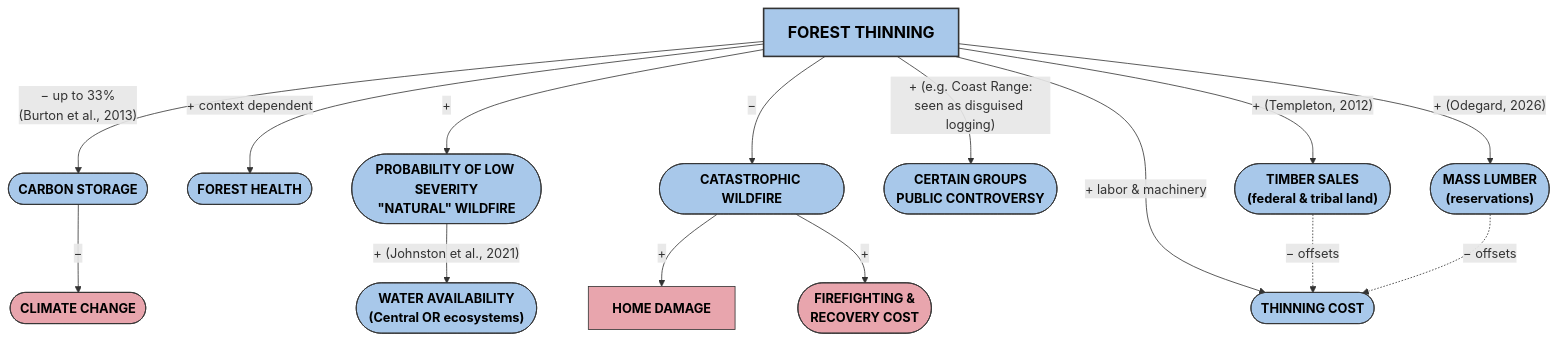
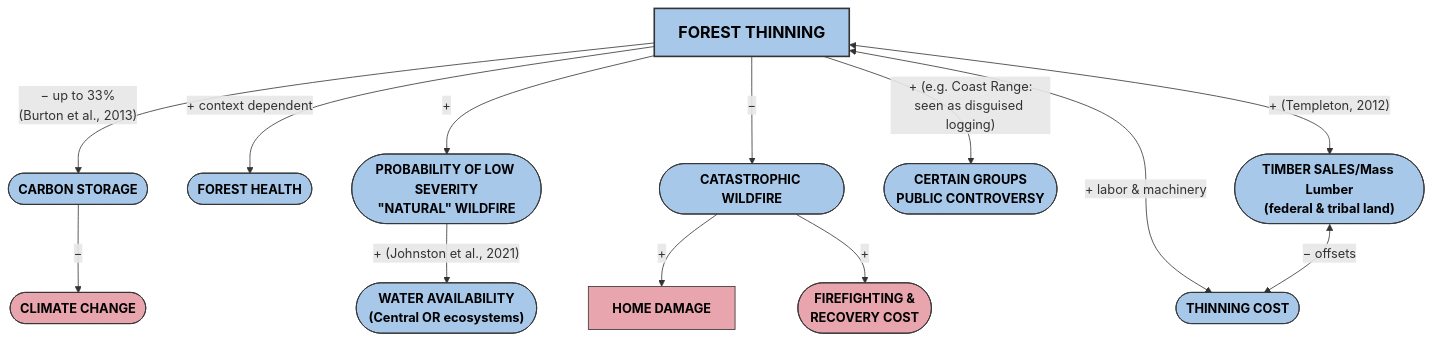
One commit to kemacias/sus350 changed the diagram in SUS350.md. Above: the diagram before and after it, drawn with Mermaid.

````diff
--- a/SUS350.md
+++ b/SUS350.md
@@ -1,41 +1,40 @@
 ```mermaid
 
 flowchart TB
     FT["FOREST THINNING"]
 
     CS(["CARBON STORAGE"])
     CC(["CLIMATE CHANGE"])
     FH(["FOREST HEALTH"])
     LSW(["PROBABILITY OF LOW SEVERITY<br/>#quot;NATURAL#quot; WILDFIRE"])
     WA(["WATER AVAILABILITY<br/>(Central OR ecosystems)"])
     CW(["CATASTROPHIC WILDFIRE"])
     HD["HOME DAMAGE"]
     FRC(["FIREFIGHTING &<br/>RECOVERY COST"])
     PC(["CERTAIN GROUPS<br/>PUBLIC CONTROVERSY"])
-    TS(["TIMBER SALES<br/>(federal & tribal land)"])
-    ML(["MASS LUMBER<br/>(reservations)"])
+    TS(["TIMBER SALES/Mass Lumber<br/>(federal & tribal land)"])
     CO(["THINNING COST"])
 
     FT -- "− up to 33%<br/>(Burton et al., 2013)" --> CS
     CS -- "−" --> CC
     FT -- "+ context dependent" --> FH
     FT -- "+" --> LSW
     LSW -- "+ (Johnston et al., 2021)" --> WA
     FT -- "−" --> CW
     CW -- "+" --> HD
     CW -- "+" --> FRC
     FT -- "+ (e.g. Coast Range:<br/>seen as disguised logging)" --> PC
-    FT -- "+ (Templeton, 2012)" --> TS
-    FT -- "+ (Odegard, 2026)" --> ML
-    FT -- "+ labor & machinery" --> CO
-    TS -. "− offsets" .-> CO
-    ML -. "− offsets" .-> CO
+    FT -- "+ (Templeton, 2012)" <--> TS
+  
+    FT -- "+ labor & machinery" <--> CO
+    TS <-- "− offsets" --> CO
+   
 
     classDef center fill:#a8c8ea,stroke:#333,stroke-width:2px,color:#000,font-weight:bold,font-size:20px
     classDef effect fill:#a8c8ea,stroke:#333,color:#000,font-weight:bold
     classDef impact fill:#e8a5ad,stroke:#333,color:#000,font-weight:bold
 
     class FT center
     class CS,FH,LSW,WA,CW,PC,TS,ML,CO effect
     class HD,FRC,CC impact
 ```
````
